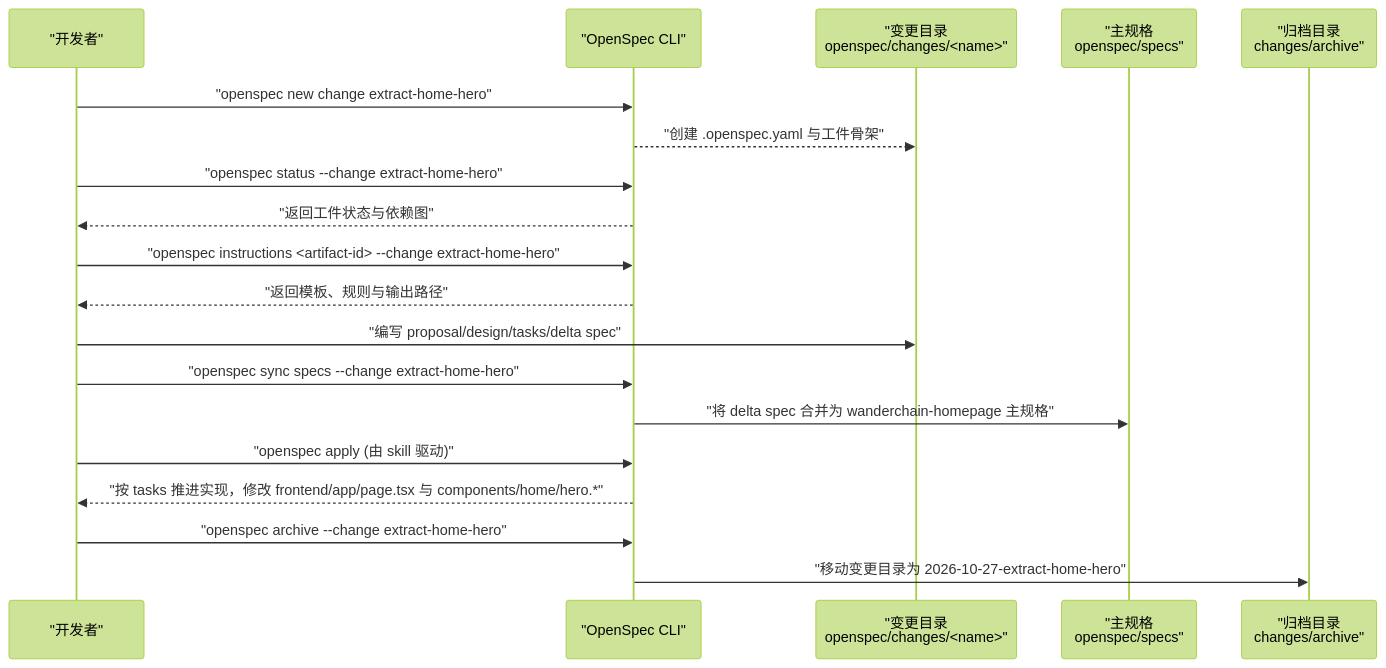
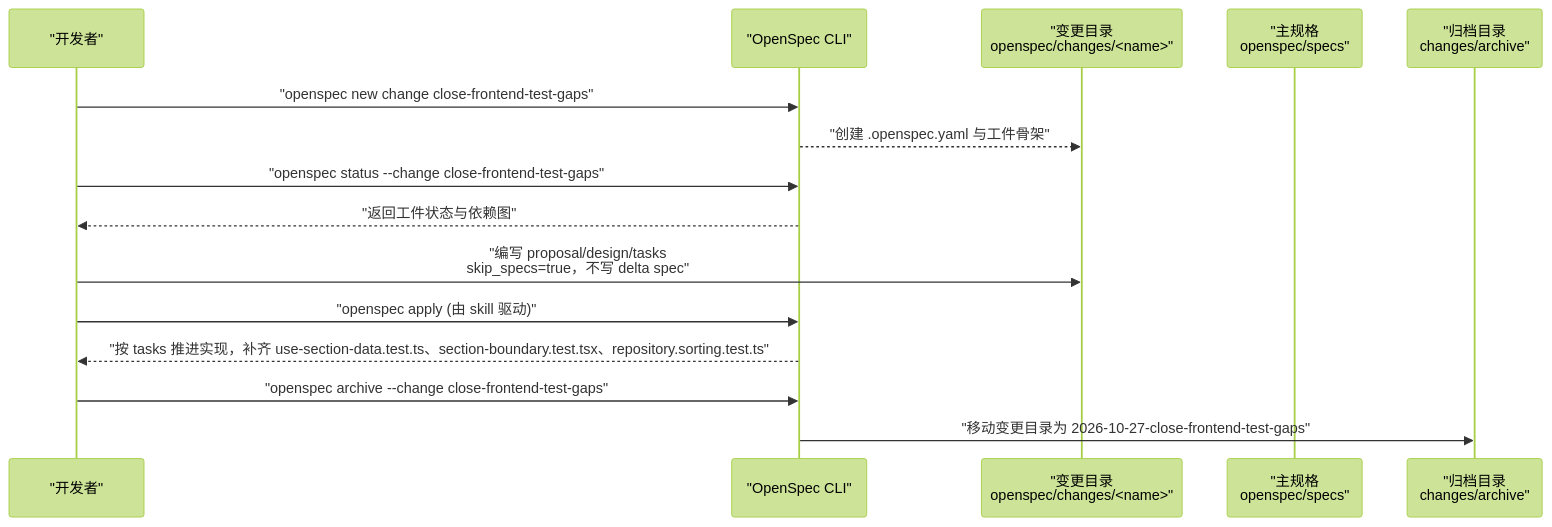
Before and after one commit to luyitiger6/my-first-project: the second of 10 diagrams in .qoder/repowiki/zh/content/规格驱动开发/OpenSpec 工具使用.md, drawn with Mermaid (forest theme). The commit also changed other lines of this file and 33 other files, not shown here.

````diff
--- a/.qoder/repowiki/zh/content/规格驱动开发/OpenSpec 工具使用.md
+++ b/.qoder/repowiki/zh/content/规格驱动开发/OpenSpec 工具使用.md
@@ -94,21 +104,17 @@
 ```mermaid
 sequenceDiagram
 participant Dev as "开发者"
 participant CLI as "OpenSpec CLI"
 participant Change as "变更目录<br/>openspec/changes/<name>"
 participant Specs as "主规格<br/>openspec/specs"
 participant Archive as "归档目录<br/>changes/archive"
-Dev->>CLI : "openspec new change extract-home-hero"
+Dev->>CLI : "openspec new change close-frontend-test-gaps"
 CLI-->>Change : "创建 .openspec.yaml 与工件骨架"
-Dev->>CLI : "openspec status --change extract-home-hero"
+Dev->>CLI : "openspec status --change close-frontend-test-gaps"
 CLI-->>Dev : "返回工件状态与依赖图"
-Dev->>CLI : "openspec instructions <artifact-id> --change extract-home-hero"
-CLI-->>Dev : "返回模板、规则与输出路径"
-Dev->>Change : "编写 proposal/design/tasks/delta spec"
-Dev->>CLI : "openspec sync specs --change extract-home-hero"
-CLI->>Specs : "将 delta spec 合并为 wanderchain-homepage 主规格"
+Dev->>Change : "编写 proposal/design/tasks<br/>skip_specs=true，不写 delta spec"
 Dev->>CLI : "openspec apply (由 skill 驱动)"
-CLI-->>Dev : "按 tasks 推进实现，修改 frontend/app/page.tsx 与 components/home/hero.*"
-Dev->>CLI : "openspec archive --change extract-home-hero"
-CLI->>Archive : "移动变更目录为 2026-10-27-extract-home-hero"
+CLI-->>Dev : "按 tasks 推进实现，补齐 use-section-data.test.ts、section-boundary.test.tsx、repository.sorting.test.ts"
+Dev->>CLI : "openspec archive --change close-frontend-test-gaps"
+CLI->>Archive : "移动变更目录为 2026-10-27-close-frontend-test-gaps"
 ```
````
